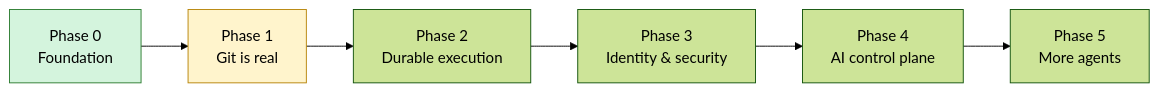
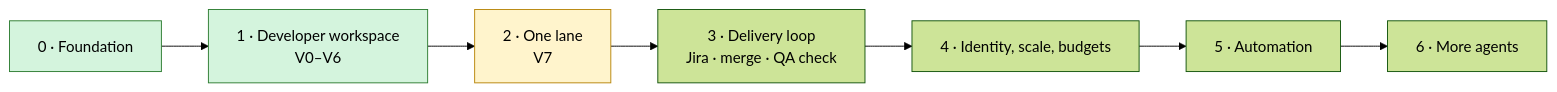
One commit to HasithaErandika/aura changed the first of 3 diagrams in docs/plans/aura-git-control-plane.md. Above: the diagram before and after it, drawn with Mermaid (forest theme). The commit also changed other lines of this file and 41 other files, not shown here.

First line of the commit message:
docs: describe the VS Code workflow, mark completed plans, rewrite the roadmap

````diff
--- a/docs/plans/aura-git-control-plane.md
+++ b/docs/plans/aura-git-control-plane.md
@@ -20,6 +22,6 @@
 ```mermaid
 flowchart LR
-    P0["Phase 0<br/>Foundation"]:::done --> P1["Phase 1<br/>Git is real"]:::wip --> P2["Phase 2<br/>Durable execution"] --> P3["Phase 3<br/>Identity & security"] --> P4["Phase 4<br/>AI control plane"] --> P5["Phase 5<br/>More agents"]
+    P0["0 · Foundation"]:::done --> P1["1 · Developer workspace<br/>V0–V6"]:::done --> P2["2 · One lane<br/>V7"]:::wip --> P3["3 · Delivery loop<br/>Jira · merge · QA check"] --> P4["4 · Identity, scale, budgets"] --> P5["5 · Automation"] --> P6["6 · More agents"]
     classDef done fill:#d4f4dd,stroke:#2e7d32,color:#000
     classDef wip fill:#fff4cc,stroke:#b8860b,color:#000
 ```
````
